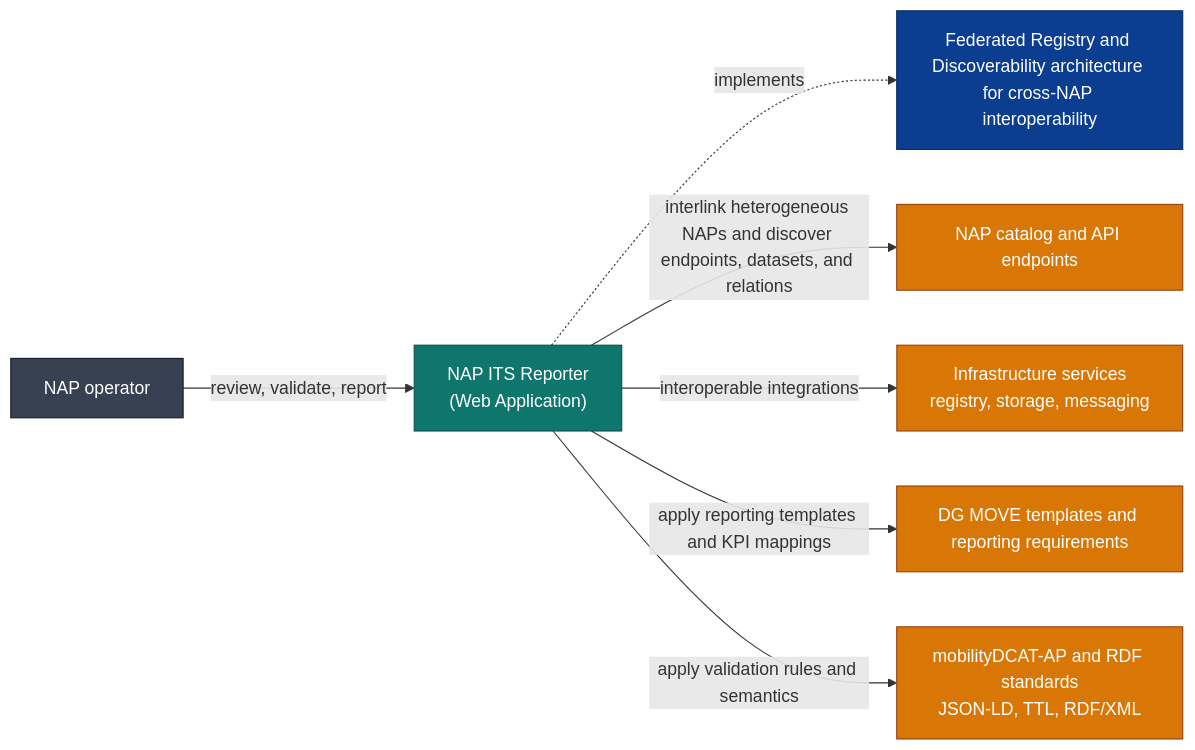
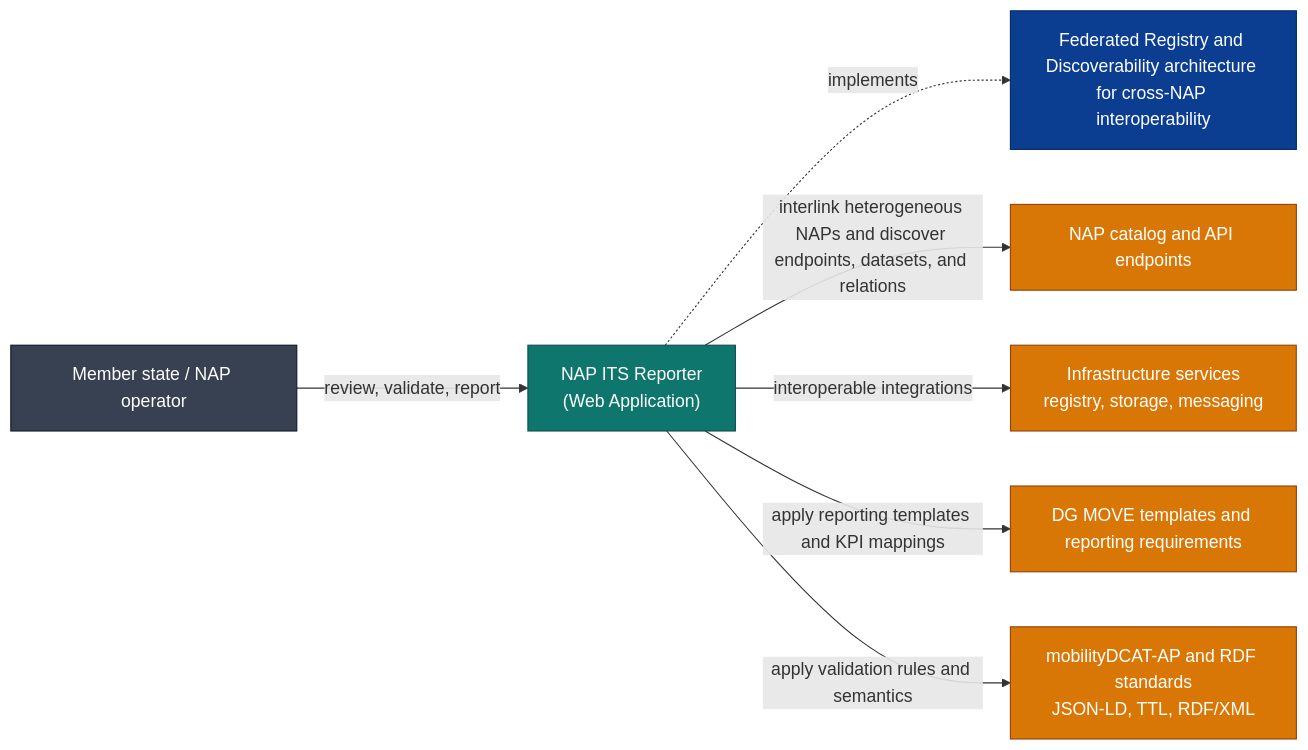
One commit to UM-KGPI/Napcore-ITS-Reporting changed the diagram in Napcore-ITS-Reporting/docs/architecture/mermaid/system-context.mmd. Above: the diagram before and after it, drawn with Mermaid. The commit also changed 7 other files, not shown here.

Commit message:
Rename stakeholder to Member state / NAP operator

```diff
--- a/Napcore-ITS-Reporting/docs/architecture/mermaid/system-context.mmd
+++ b/Napcore-ITS-Reporting/docs/architecture/mermaid/system-context.mmd
@@ -1,21 +1,21 @@
 flowchart LR
     classDef system fill:#0b3d91,stroke:#08295f,color:#fff
     classDef app fill:#0f766e,stroke:#0a4f4a,color:#fff
     classDef ext fill:#d97706,stroke:#92400e,color:#fff
     classDef user fill:#374151,stroke:#111827,color:#fff
 
-    U[NAP operator]:::user
+    U[Member state / NAP operator]:::user
     APP["NAP ITS Reporter\n(Web Application)"]:::app
     PATTERN["Federated Registry and Discoverability architecture for cross-NAP interoperability"]:::system
 
     NAP[NAP catalog and API endpoints]:::ext
     INFRA[Infrastructure services\nregistry, storage, messaging]:::ext
     DGMOVE[DG MOVE templates and reporting requirements]:::ext
     STD[mobilityDCAT-AP and RDF standards\nJSON-LD, TTL, RDF/XML]:::ext
 
     U -->|review, validate, report| APP
     APP -.implements.-> PATTERN
     APP -->|interlink heterogeneous NAPs and discover endpoints, datasets, and relations| NAP
     APP -->|interoperable integrations| INFRA
     APP -->|apply reporting templates and KPI mappings| DGMOVE
     APP -->|apply validation rules and semantics| STD
```
